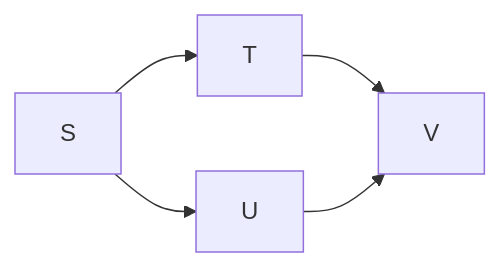
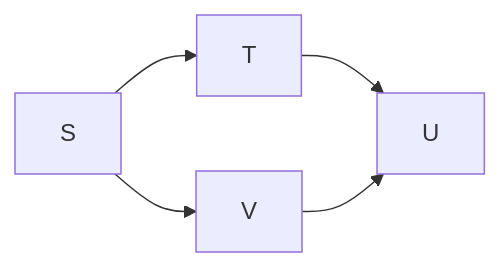
Before and after one commit to MSUSEL/msusel-tdmetrics-go: the fourth of 4 diagrams in docs/ducktype.md, drawn with Mermaid. The commit also changed other lines of this file and 1 other file, not shown here.

````diff
--- a/docs/ducktype.md
+++ b/docs/ducktype.md
@@ -62,5 +50,5 @@
 ```Mermaid
 flowchart LR
-    S --> T --> V
-    S --> U --> V
+    S --> T --> U
+    S --> V --> U
 ```
````
